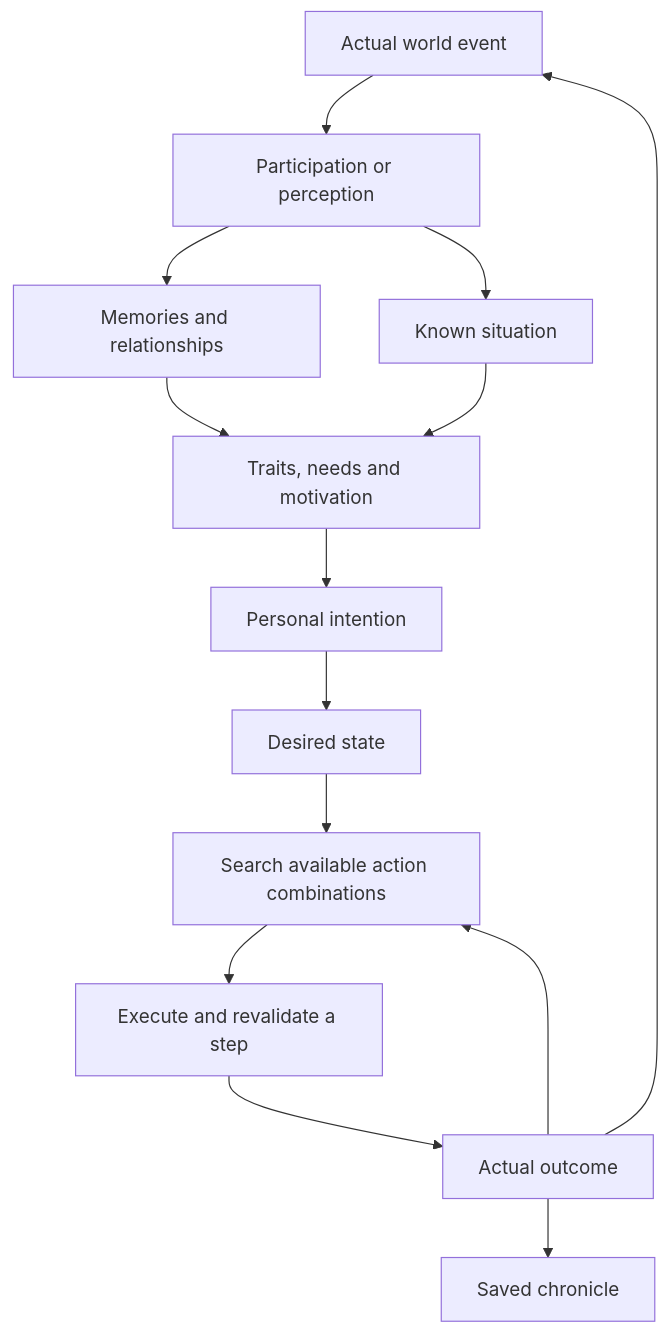
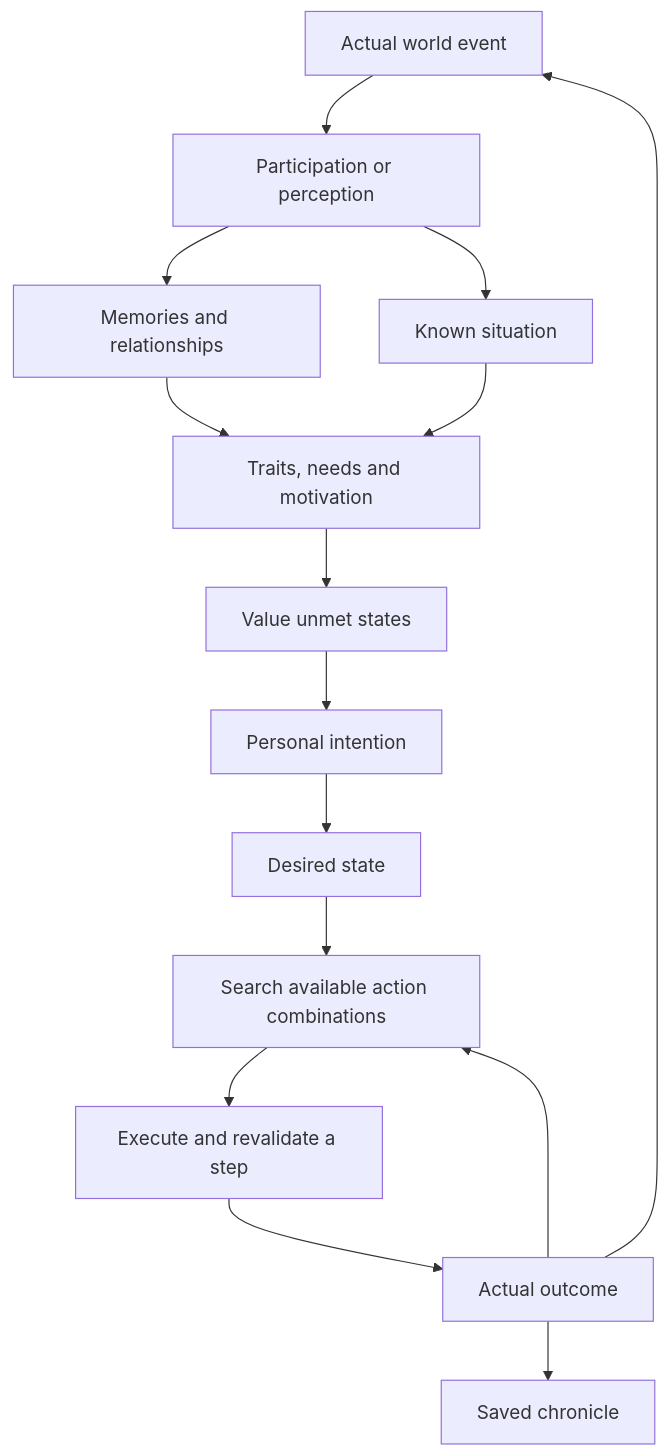
The diagram in docs/npc-intentions.md (Qew7/Rogue-Survivor-Expanded), drawn with Mermaid before and after one commit. The commit also changed other lines of this file and 44 other files, not shown here.

````diff
--- a/docs/npc-intentions.md
+++ b/docs/npc-intentions.md
@@ -10,16 +10,17 @@
 ```mermaid
 flowchart TD
     A[Actual world event] --> B[Participation or perception]
     B --> C[Memories and relationships]
     B --> D[Known situation]
     C --> E[Traits, needs and motivation]
     D --> E
-    E --> F[Personal intention]
+    E --> V[Value unmet states]
+    V --> F[Personal intention]
     F --> P[Desired state]
     P --> Q[Search available action combinations]
     Q --> G[Execute and revalidate a step]
     G --> H[Actual outcome]
     H --> A
     H --> I[Saved chronicle]
     H --> Q
 ```
````
